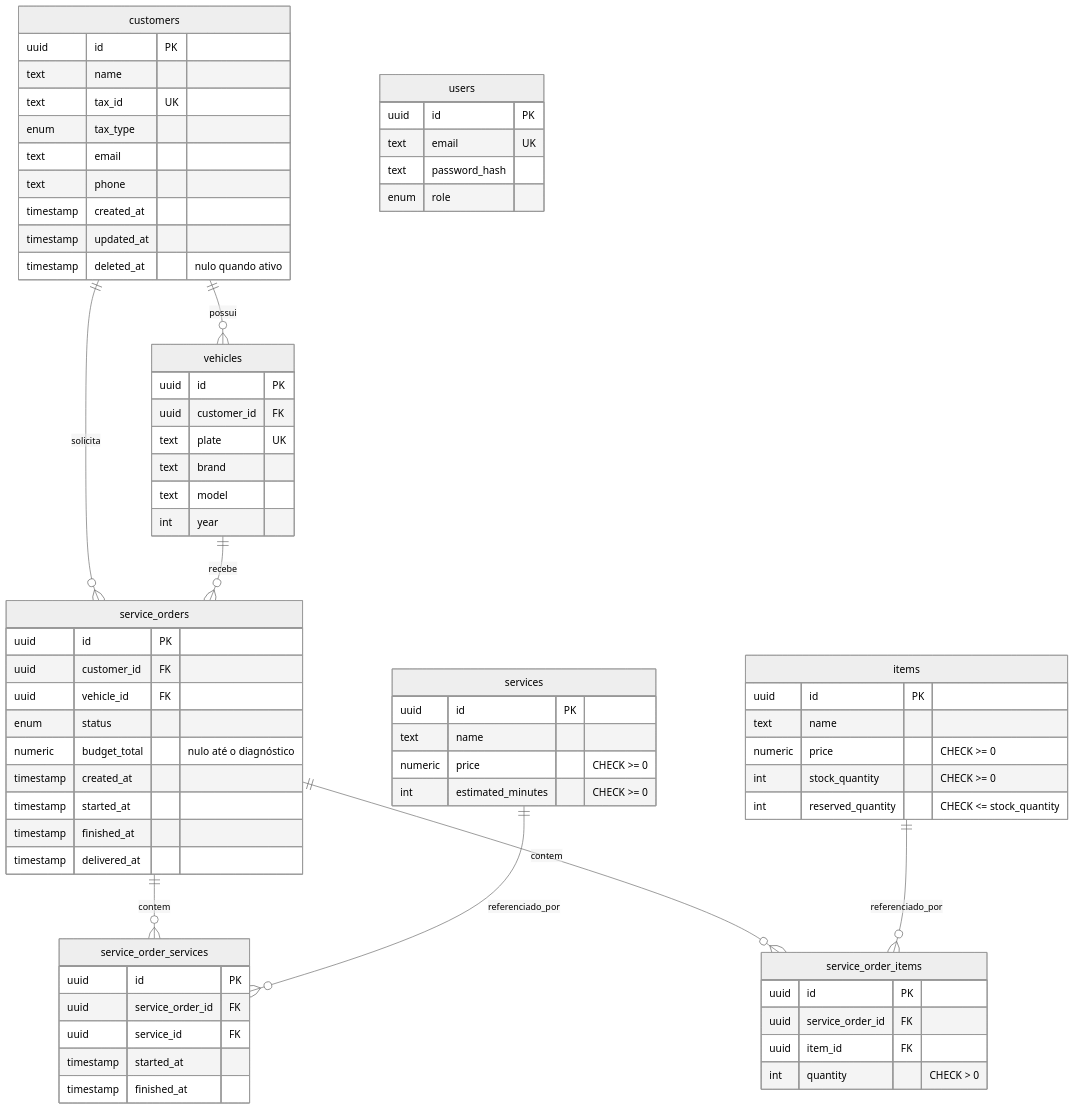
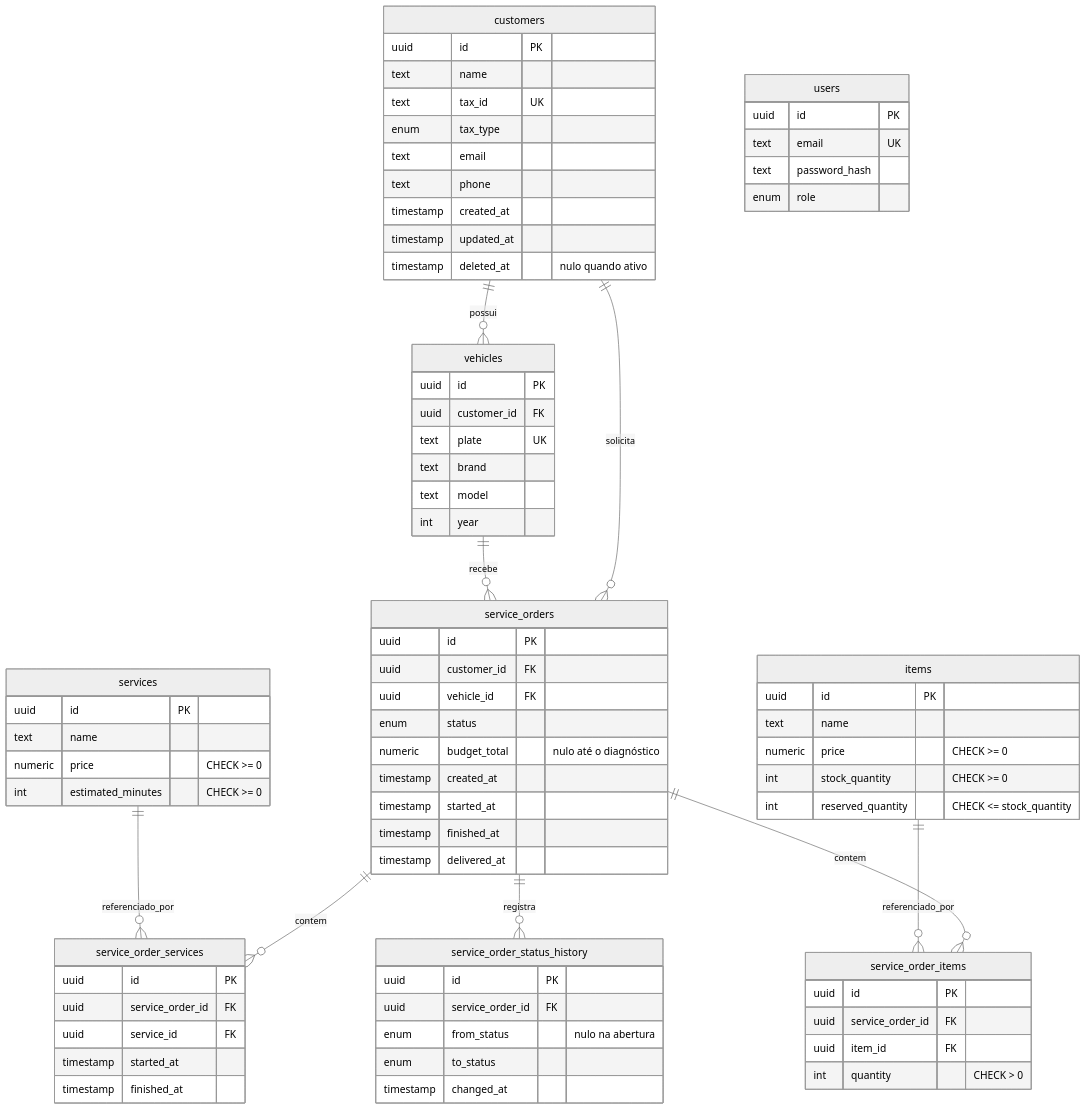
One commit to diandria/fiap-tech-challenge changed the diagram in docs/architecture/data-model.md. Above: the diagram before and after it, drawn with Mermaid (neutral theme). The commit also changed other lines of this file and 4 other files, not shown here.

Commit message:
feat: record service order status changes

````diff
--- a/docs/architecture/data-model.md
+++ b/docs/architecture/data-model.md
@@ -18,73 +18,81 @@
 ```mermaid
 erDiagram
     customers ||--o{ vehicles : possui
     customers ||--o{ service_orders : solicita
     vehicles  ||--o{ service_orders : recebe
     service_orders ||--o{ service_order_services : contem
     service_orders ||--o{ service_order_items : contem
     services  ||--o{ service_order_services : referenciado_por
     items     ||--o{ service_order_items : referenciado_por
+    service_orders ||--o{ service_order_status_history : registra
 
     customers {
         uuid id PK
         text name
         text tax_id UK
         enum tax_type
         text email
         text phone
         timestamp created_at
         timestamp updated_at
         timestamp deleted_at "nulo quando ativo"
     }
     vehicles {
         uuid id PK
         uuid customer_id FK
         text plate UK
         text brand
         text model
         int year
     }
     services {
         uuid id PK
         text name
         numeric price "CHECK >= 0"
         int estimated_minutes "CHECK >= 0"
     }
     items {
         uuid id PK
         text name
         numeric price "CHECK >= 0"
         int stock_quantity "CHECK >= 0"
         int reserved_quantity "CHECK <= stock_quantity"
     }
     users {
         uuid id PK
         text email UK
         text password_hash
         enum role
     }
     service_orders {
         uuid id PK
         uuid customer_id FK
         uuid vehicle_id FK
         enum status
         numeric budget_total "nulo até o diagnóstico"
         timestamp created_at
         timestamp started_at
         timestamp finished_at
         timestamp delivered_at
     }
     service_order_services {
         uuid id PK
         uuid service_order_id FK
         uuid service_id FK
         timestamp started_at
         timestamp finished_at
     }
     service_order_items {
         uuid id PK
         uuid service_order_id FK
         uuid item_id FK
         int quantity "CHECK > 0"
     }
+    service_order_status_history {
+        uuid id PK
+        uuid service_order_id FK
+        enum from_status "nulo na abertura"
+        enum to_status
+        timestamp changed_at
+    }
 ```
````
